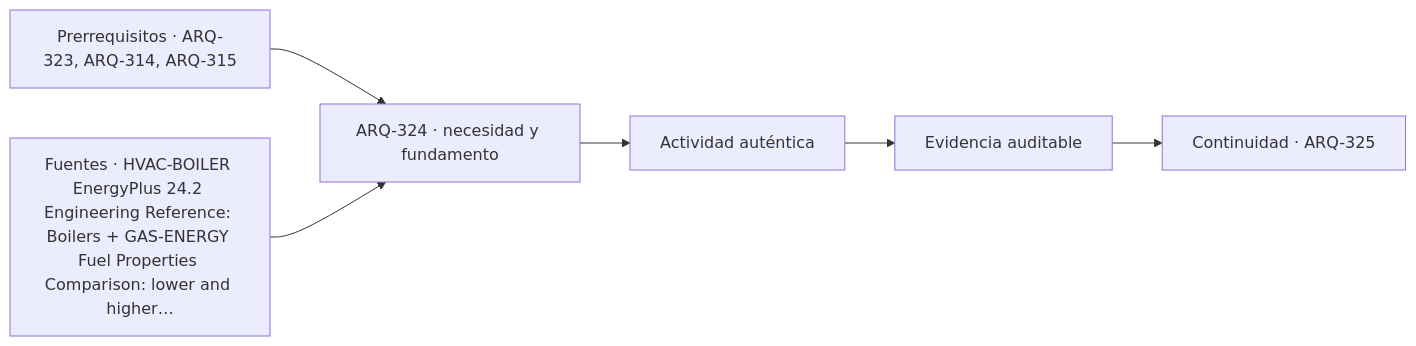
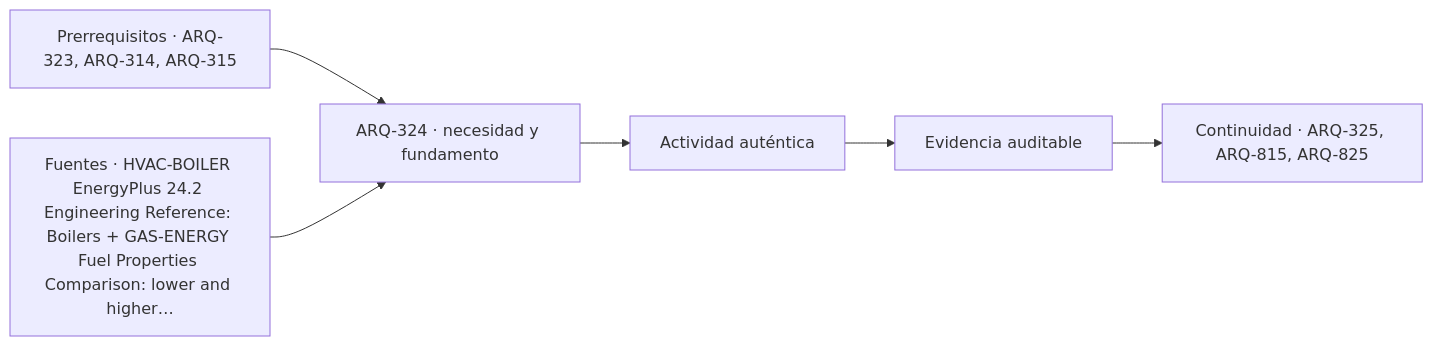
Before and after one commit to vladimiracunadev-create/architecture-built-environment-learning-program: the diagram in classes/parte-33/ARQ-324.md, drawn with Mermaid. The commit also changed other lines of this file and 234 other files, not shown here.

````diff
--- a/classes/parte-33/ARQ-324.md
+++ b/classes/parte-33/ARQ-324.md
@@ -125,8 +125,8 @@
 ```mermaid
 flowchart LR
     A["Prerrequisitos · ARQ-323, ARQ-314, ARQ-315"] --> B["ARQ-324 · necesidad y fundamento"]
     S["Fuentes · HVAC-BOILER EnergyPlus 24.2 Engineering Reference: Boilers + GAS-ENERGY Fuel Properties Comparison: lower and higher…"] --> B
     B --> C["Actividad auténtica"]
     C --> D["Evidencia auditable"]
-    D --> E["Continuidad · ARQ-325"]
+    D --> E["Continuidad · ARQ-325, ARQ-815, ARQ-825"]
 ```
````
